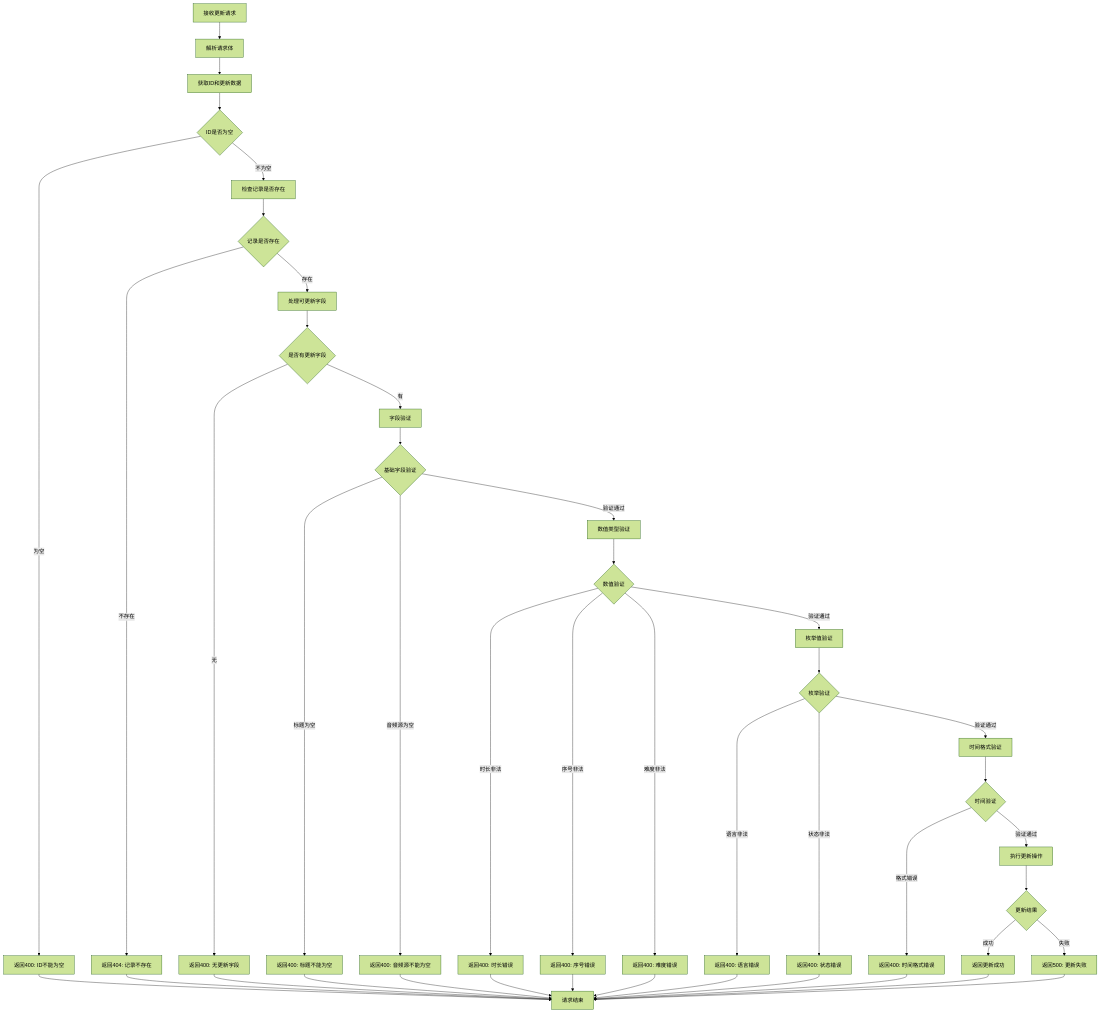
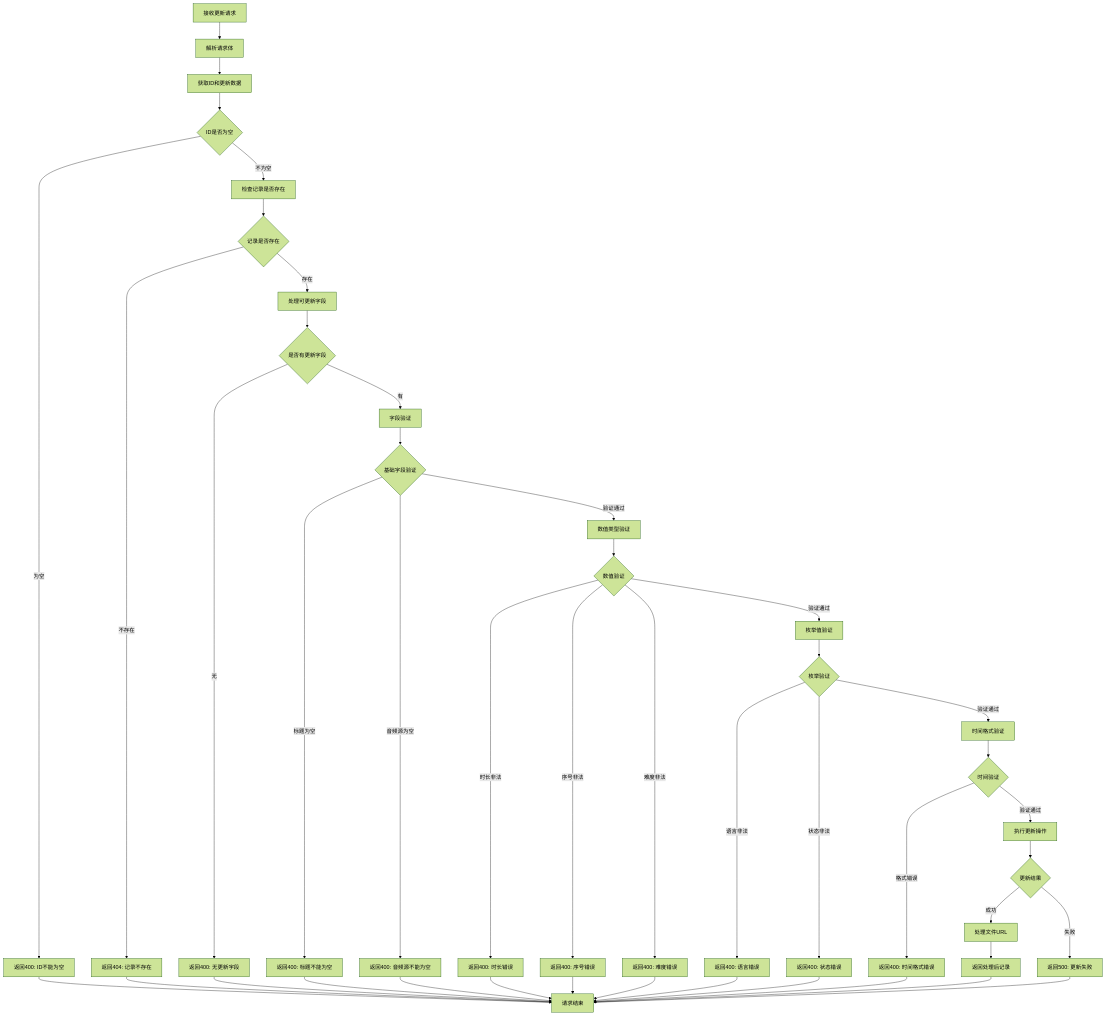
Before and after one commit to imatrixme/ikanyue: the diagram in ikanyue.mapi.hono/src/routes/audioMaterial/update.js.md, drawn with Mermaid (forest theme). The commit also changed other lines of this file and 6 other files, not shown here.

````diff
--- a/ikanyue.mapi.hono/src/routes/audioMaterial/update.js.md
+++ b/ikanyue.mapi.hono/src/routes/audioMaterial/update.js.md
@@ -9,46 +9,47 @@
 ```mermaid
 flowchart TD
     A[接收更新请求] --> B[解析请求体]
     B --> C[获取ID和更新数据]
     C --> D{ID是否为空}
     D -->|为空| E[返回400: ID不能为空]
     D -->|不为空| F[检查记录是否存在]
     F --> G{记录是否存在}
     G -->|不存在| H[返回404: 记录不存在]
     G -->|存在| I[处理可更新字段]
     I --> J{是否有更新字段}
     J -->|无| K[返回400: 无更新字段]
     J -->|有| L[字段验证]
     L --> M{基础字段验证}
     M -->|标题为空| N[返回400: 标题不能为空]
     M -->|音频源为空| O[返回400: 音频源不能为空]
     M -->|验证通过| P[数值类型验证]
     P --> Q{数值验证}
     Q -->|时长非法| R[返回400: 时长错误]
     Q -->|序号非法| S[返回400: 序号错误]
     Q -->|难度非法| T[返回400: 难度错误]
     Q -->|验证通过| U[枚举值验证]
     U --> V{枚举验证}
     V -->|语言非法| W[返回400: 语言错误]
     V -->|状态非法| X[返回400: 状态错误]
     V -->|验证通过| Y[时间格式验证]
     Y --> Z{时间验证}
     Z -->|格式错误| AA[返回400: 时间格式错误]
     Z -->|验证通过| BB[执行更新操作]
     BB --> CC{更新结果}
-    CC -->|成功| DD[返回更新成功]
+    CC -->|成功| DD[处理文件URL]
     CC -->|失败| EE[返回500: 更新失败]
+    DD --> GG[返回处理后记录]
     E --> FF[请求结束]
     H --> FF
     K --> FF
     N --> FF
     O --> FF
     R --> FF
     S --> FF
     T --> FF
     W --> FF
     X --> FF
     AA --> FF
-    DD --> FF
+    GG --> FF
     EE --> FF
 ```
````
